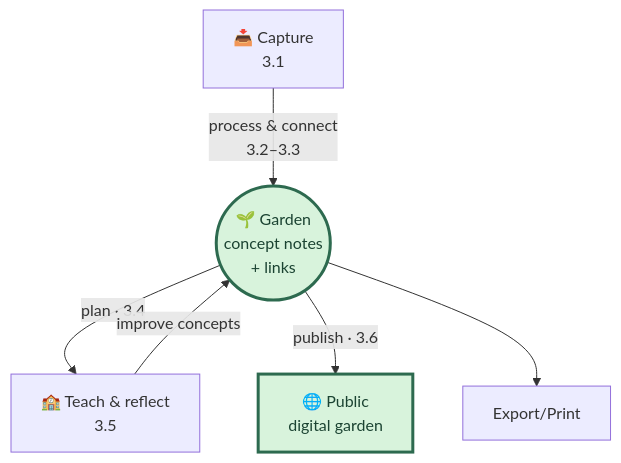
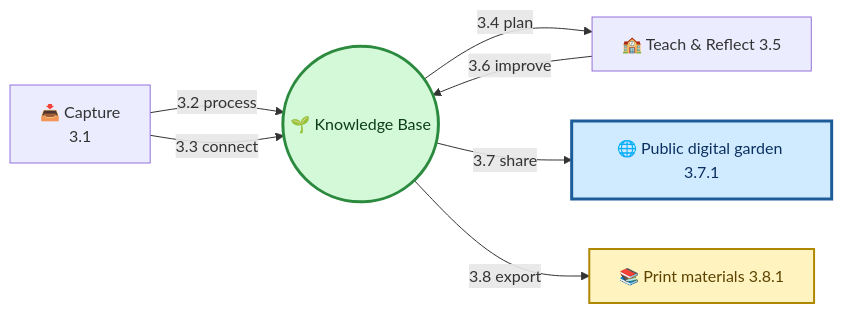
One commit to gleb-svechnikov/11ty-dg changed the diagram in Teacher's Knowledge Management Workflow.md. Above: the diagram before and after it, drawn with Mermaid. The commit also changed other lines of this file and 33 other files, not shown here.

````diff
--- a/Teacher's Knowledge Management Workflow.md
+++ b/Teacher's Knowledge Management Workflow.md
@@ -80,12 +102,18 @@
 ```mermaid
-flowchart TB
-    Capture["📥 Capture<br/>3.1"] -- "process & connect<br/>3.2–3.3" --> Garden
-    Garden(("🌱 Garden<br/>concept notes<br/>+ links"))
-    Garden -- "plan · 3.4" --> Class["🏫 Teach & reflect<br/>3.5"]
-    Class -- "improve concepts" --> Garden
-    Garden -- "publish · 3.6" --> Web["🌐 Public<br/>digital garden"]
-    Garden --> Export/Print
+flowchart LR
+    Capture["📥 Capture 3.1"] -- "3.2 process" --> Garden
+    Garden(("🌱 Knowledge Base"))
+      Capture["📥 Capture<br/>3.1"] -- "3.3 connect" --> Garden
+    Garden(("🌱 Knowledge Base"))
+    Garden -- "3.4 plan" --> Class["🏫 Teach & Reflect 3.5"]
+    Class -- "3.6 improve " --> Garden
+    Garden -- "3.7 share" --> Web["🌐 Public digital garden 3.7.1"]
+    Garden -- "3.8 export" --> Print["📚 Print materials 3.8.1"]
 
-    classDef garden fill:#d8f3dc,stroke:#2d6a4f,stroke-width:3px,color:#1b4332
-    class Garden,Web garden
+    classDef garden fill:#d3f9d8,stroke:#2b8a3e,stroke-width:3px,color:#0b3d17
+    class Garden garden
+    classDef web fill:#d0ebff,stroke:#1c5d99,stroke-width:3px,color:#0b3060
+    class Web web
+    classDef export fill:#fff3bf,stroke:#b08800,stroke-width:2px,color:#5c4400
+    class Print export
 ```
````
